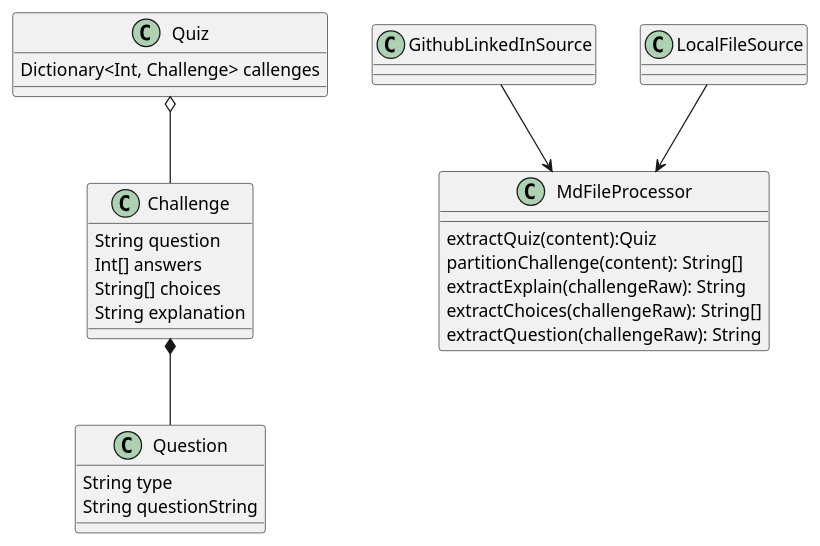
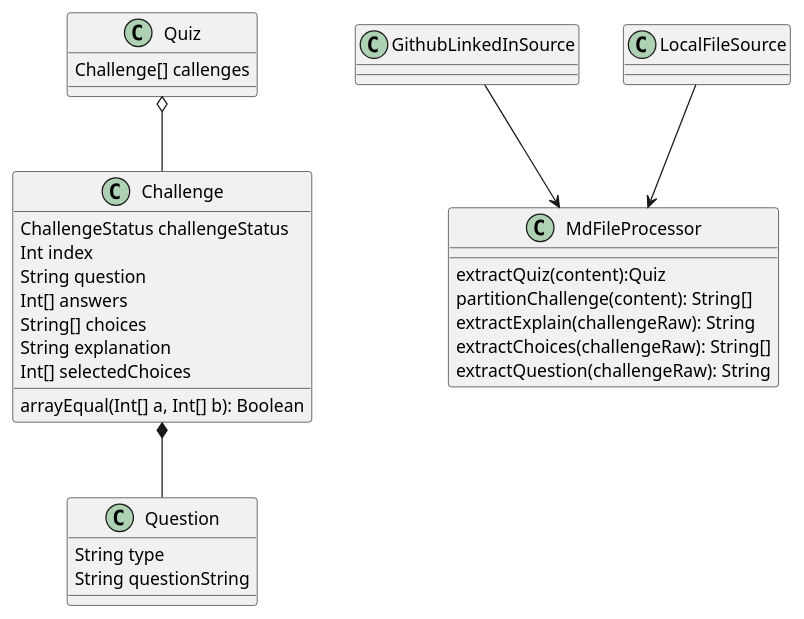
The diagram in docs/quiz.puml (micsoftvn/quiz-too), drawn with PlantUML before and after one commit. The commit also changed 5 other files, not shown here.

Commit message:
v1.0.2 added ChallengeType and ChallengeStatus

```diff
--- a/docs/quiz.puml
+++ b/docs/quiz.puml
@@ -1,39 +1,44 @@
 @startuml quiz_package
 
 class Quiz {
-  Dictionary<Int, Challenge> callenges
+  Challenge[] callenges
 }
 
 class Question {
   String type
   String questionString
 }
 
 class Challenge {
+   ChallengeStatus challengeStatus
+   Int index
    String question
    Int[] answers
    String[] choices
    String explanation
+   Int[] selectedChoices
+
+   arrayEqual(Int[] a, Int[] b): Boolean
 }
 
 class MdFileProcessor {
   extractQuiz(content):Quiz
   partitionChallenge(content): String[]
   extractExplain(challengeRaw): String
   extractChoices(challengeRaw): String[]
   extractQuestion(challengeRaw): String
 }
 
 class GithubLinkedInSource {
 }
 
 class LocalFileSource {
 }
 
 Challenge *-- Question
 Quiz o-- Challenge
 
 LocalFileSource --> MdFileProcessor
 GithubLinkedInSource --> MdFileProcessor
 
 @enduml
```
